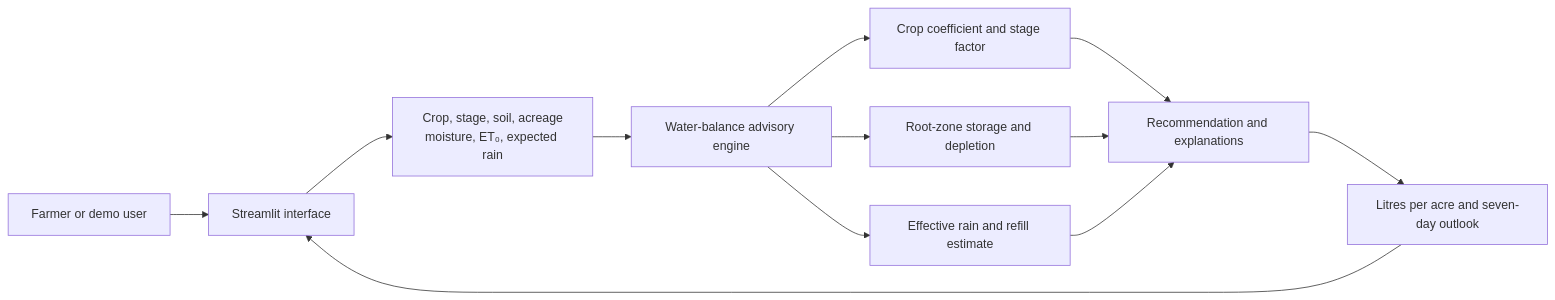
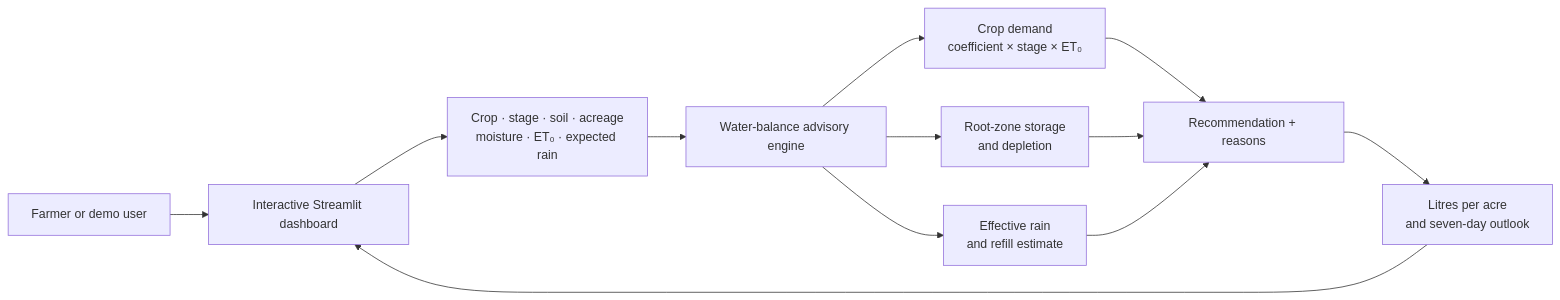
The diagram in README.md (Arihant2007/JalSakhi), drawn with Mermaid before and after one commit. The commit also changed other lines of this file, not shown here.

````diff
--- a/README.md
+++ b/README.md
@@ -37,14 +49,14 @@
 ```mermaid
 flowchart LR
-    U[Farmer or demo user] --> UI[Streamlit interface]
-    UI --> I[Crop, stage, soil, acreage<br/>moisture, ET₀, expected rain]
+    U[Farmer or demo user] --> UI[Interactive Streamlit dashboard]
+    UI --> I[Crop · stage · soil · acreage<br/>moisture · ET₀ · expected rain]
     I --> E[Water-balance advisory engine]
-    E --> C[Crop coefficient and stage factor]
-    E --> R[Root-zone storage and depletion]
-    E --> P[Effective rain and refill estimate]
-    C --> O[Recommendation and explanations]
-    R --> O
-    P --> O
-    O --> D[Litres per acre and seven-day outlook]
-    D --> UI
+    E --> C[Crop demand<br/>coefficient × stage × ET₀]
+    E --> Z[Root-zone storage<br/>and depletion]
+    E --> R[Effective rain<br/>and refill estimate]
+    C --> A[Recommendation + reasons]
+    Z --> A
+    R --> A
+    A --> O[Litres per acre<br/>and seven-day outlook]
+    O --> UI
 ```
````
